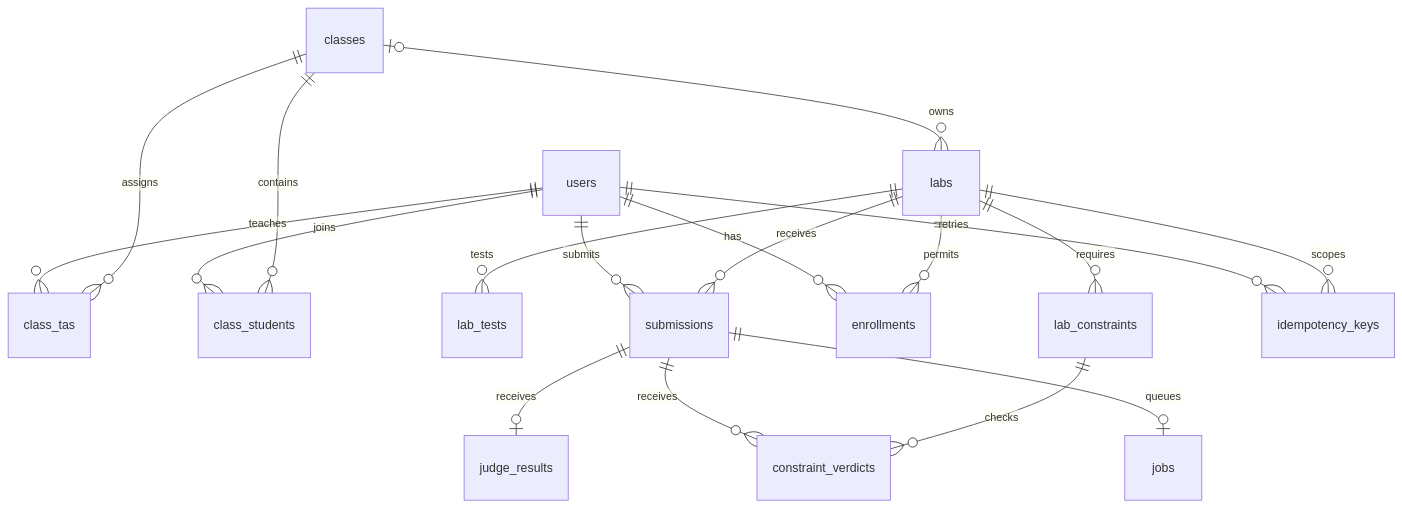
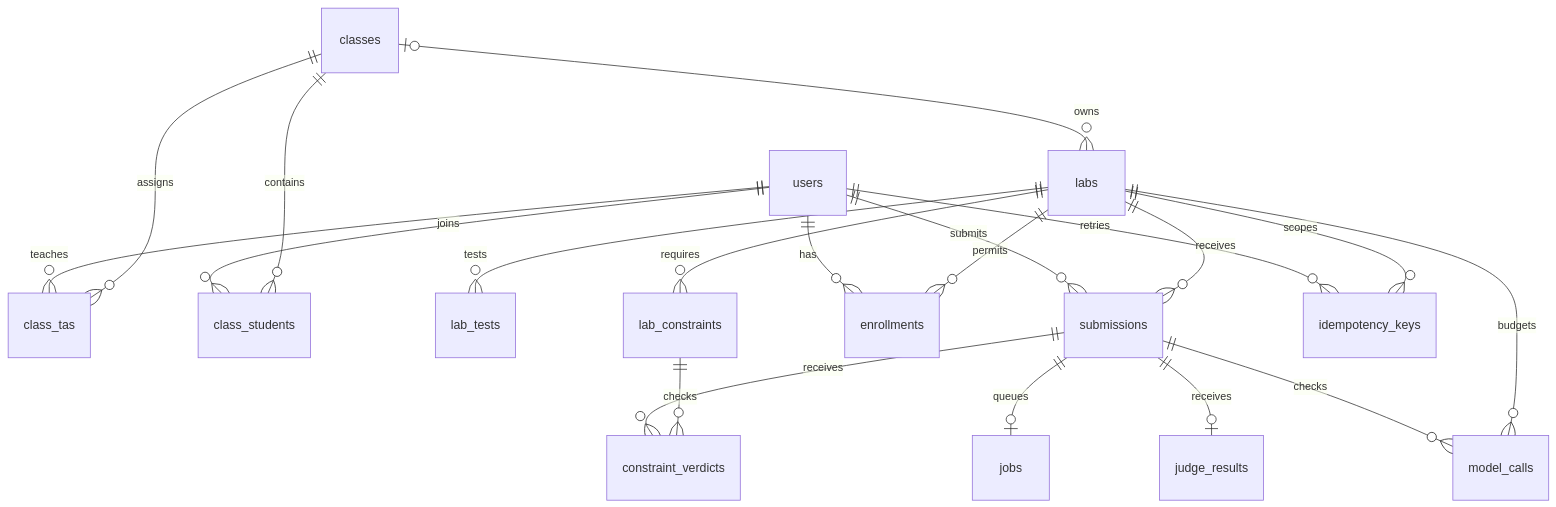
Before and after one commit to AWAD-K23/AWAD-LeeTKOB: the diagram in docs/DATABASE.md, drawn with Mermaid. The commit also changed other lines of this file and 19 other files, not shown here.

Commit message:
feat(pa3): integrate semantic worker checks with durable lab budgets

````diff
--- a/docs/DATABASE.md
+++ b/docs/DATABASE.md
@@ -11,20 +11,22 @@
 ```mermaid
 erDiagram
     users ||--o{ class_tas : teaches
     users ||--o{ class_students : joins
     classes ||--o{ class_tas : assigns
     classes ||--o{ class_students : contains
     classes o|--o{ labs : owns
     labs ||--o{ lab_tests : tests
     labs ||--o{ lab_constraints : requires
     users ||--o{ enrollments : has
     labs ||--o{ enrollments : permits
     users ||--o{ submissions : submits
     labs ||--o{ submissions : receives
     submissions ||--o| jobs : queues
     submissions ||--o| judge_results : receives
     submissions ||--o{ constraint_verdicts : receives
+    submissions ||--o{ model_calls : checks
+    labs ||--o{ model_calls : budgets
     lab_constraints ||--o{ constraint_verdicts : checks
     users ||--o{ idempotency_keys : retries
     labs ||--o{ idempotency_keys : scopes
 ```
````
